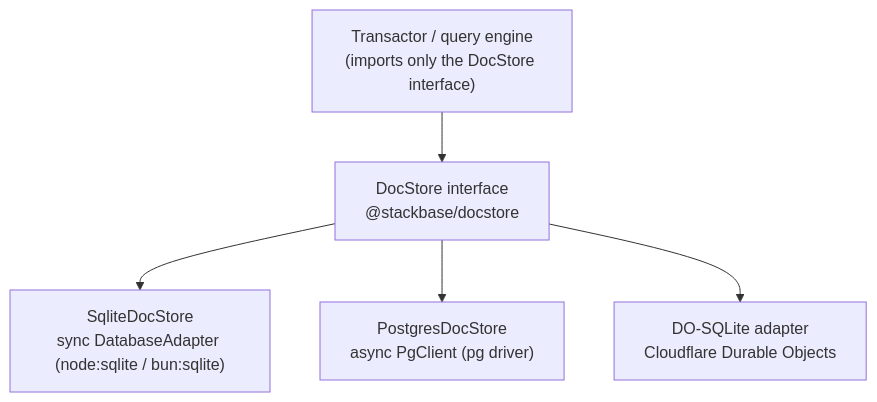
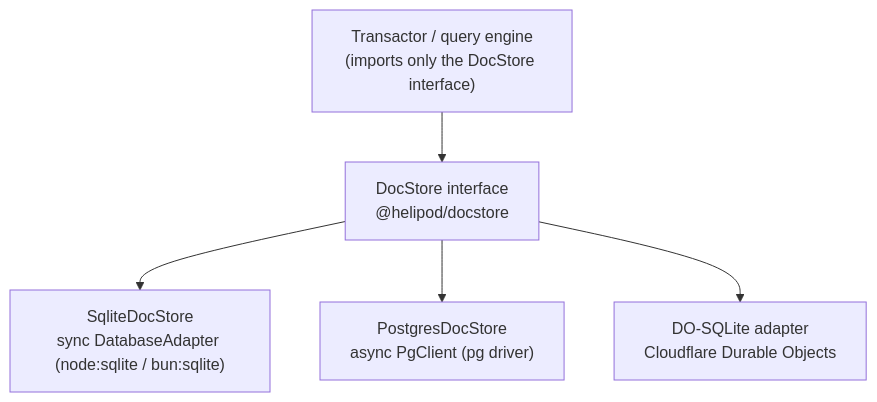
Before and after one commit to helipod-sh/helipod: the second of 4 diagrams in website/content/docs/contributing/architecture/storage.mdx, drawn with Mermaid. The commit also changed other lines of this file and 1141 other files, not shown here.

First line of the commit message:
feat: rename project from stackbase to helipod

````diff
--- a/website/content/docs/contributing/architecture/storage.mdx
+++ b/website/content/docs/contributing/architecture/storage.mdx
@@ -104,7 +104,7 @@
 ```mermaid
 flowchart TD
-    Engine["Transactor / query engine<br/>(imports only the DocStore interface)"] --> Iface["DocStore interface<br/>@stackbase/docstore"]
+    Engine["Transactor / query engine<br/>(imports only the DocStore interface)"] --> Iface["DocStore interface<br/>@helipod/docstore"]
     Iface --> Sqlite["SqliteDocStore<br/>sync DatabaseAdapter (node:sqlite / bun:sqlite)"]
     Iface --> Postgres["PostgresDocStore<br/>async PgClient (pg driver)"]
     Iface --> DO["DO-SQLite adapter<br/>Cloudflare Durable Objects"]
 ```
````
